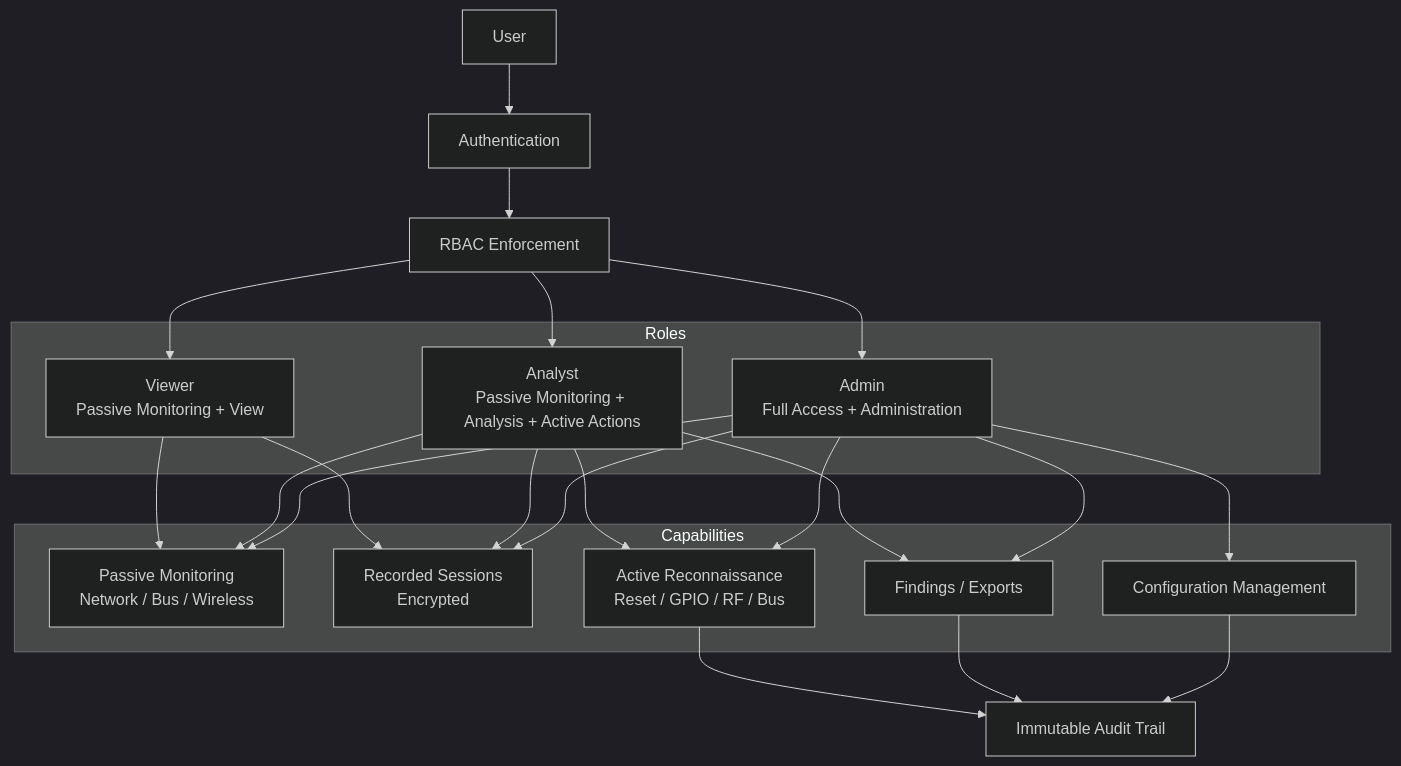
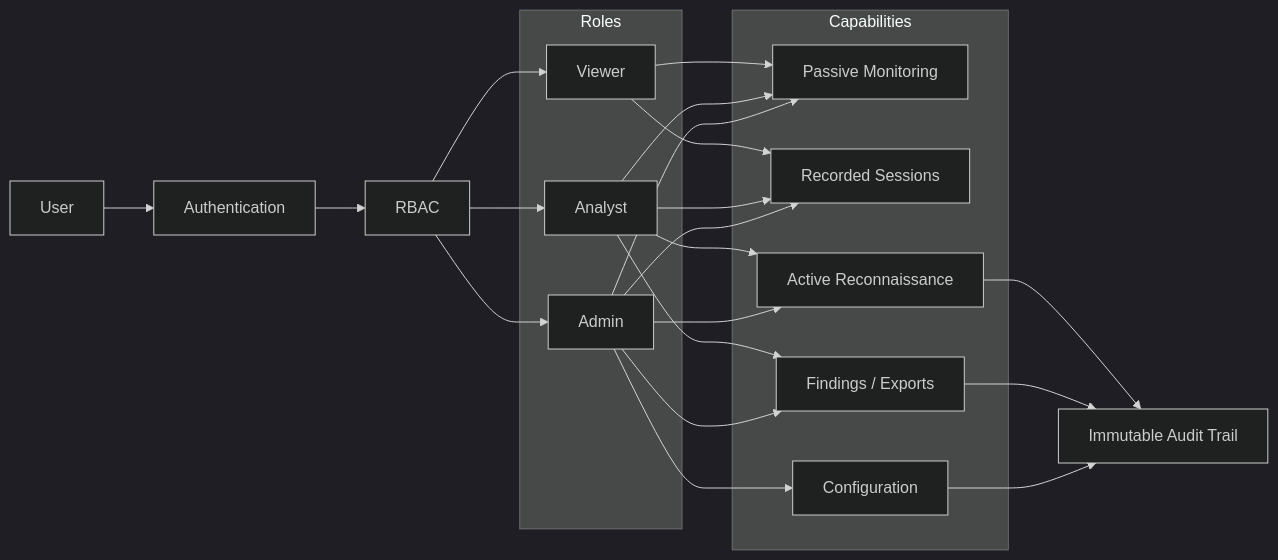
Before and after one commit to EG-ETCS/wiresploit: diagram 11 of 15 in docs/01_Requirements/01_SysRS/05_System_Architecture.md, drawn with Mermaid (dark theme). The commit also changed other lines of this file, not shown here.

Commit message:
Refactor system architecture diagrams:

````diff
--- a/docs/01_Requirements/01_SysRS/05_System_Architecture.md
+++ b/docs/01_Requirements/01_SysRS/05_System_Architecture.md
@@ -589,41 +589,41 @@
 ```mermaid
-flowchart TB
+flowchart LR
 
-    User["User"] --> Auth["Authentication"] --> RBAC["RBAC Enforcement"]
+    User["User"] --> Auth["Authentication"] --> RBAC["RBAC"]
 
-    subgraph ROLES["Roles"]
-        Viewer["Viewer<br/>Passive Monitoring + View"]
-        Analyst["Analyst<br/>Passive Monitoring + Analysis + Active Actions"]
-        Admin["Admin<br/>Full Access + Administration"]
+    subgraph Roles["Roles"]
+        Viewer["Viewer"]
+        Analyst["Analyst"]
+        Admin["Admin"]
     end
 
     RBAC --> Viewer
     RBAC --> Analyst
     RBAC --> Admin
 
-    subgraph CAPABILITIES["Capabilities"]
-        Passive["Passive Monitoring<br/>Network / Bus / Wireless"]
-        Sessions["Recorded Sessions<br/>Encrypted"]
+    subgraph Capabilities["Capabilities"]
+        Passive["Passive Monitoring"]
+        Sessions["Recorded Sessions"]
         Findings["Findings / Exports"]
-        Active["Active Reconnaissance<br/>Reset / GPIO / RF / Bus"]
-        Config["Configuration Management"]
+        Active["Active Reconnaissance"]
+        Config["Configuration"]
     end
 
     Viewer --> Passive
     Viewer --> Sessions
 
     Analyst --> Passive
     Analyst --> Sessions
     Analyst --> Findings
     Analyst --> Active
 
     Admin --> Passive
     Admin --> Sessions
     Admin --> Findings
     Admin --> Active
     Admin --> Config
 
     Active --> Audit["Immutable Audit Trail"]
     Findings --> Audit
     Config --> Audit
 ```
````
